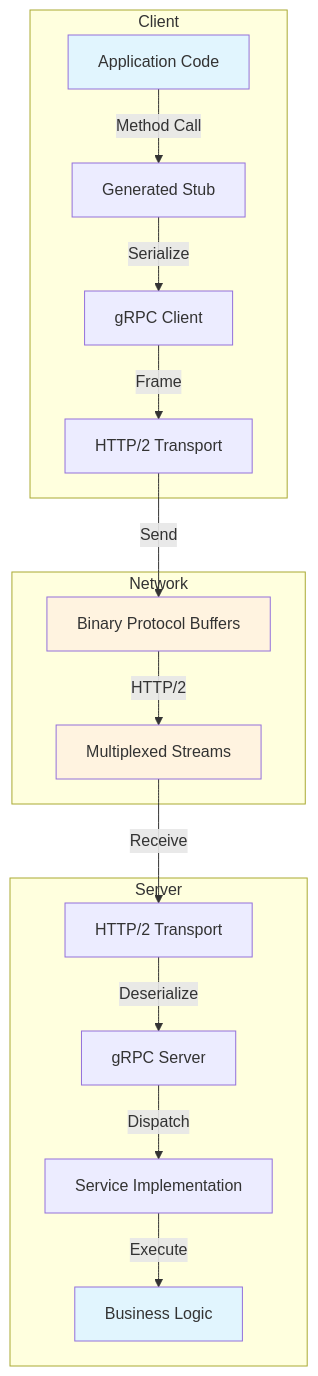
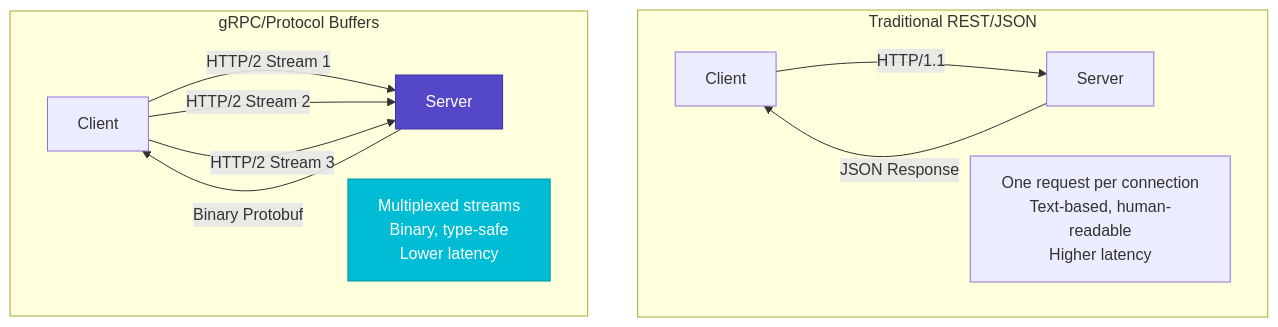
The first of 6 diagrams in docs/pattern-library/communication/grpc.md (deepaucksharma/DStudio), drawn with Mermaid before and after one commit. The commit also changed other lines of this file and 11 other files, not shown here.

````diff
--- a/docs/pattern-library/communication/grpc.md
+++ b/docs/pattern-library/communication/grpc.md
@@ -100,36 +92,19 @@
 ```mermaid
 graph TB
-    subgraph "Client"
-        A[Application Code]
-        B[Generated Stub]
-        C[gRPC Client]
-        D[HTTP/2 Transport]
+    subgraph "Traditional REST/JSON"
+        C1[Client] -->|HTTP/1.1| S1[Server]
+        S1 -->|JSON Response| C1
+        Note1[One request per connection<br/>Text-based, human-readable<br/>Higher latency]
     end
     
-    subgraph "Network"
-        E[Binary Protocol Buffers]
-        F[Multiplexed Streams]
+    subgraph "gRPC/Protocol Buffers"
+        C2[Client] -->|HTTP/2 Stream 1| S2[Server]
+        C2 -->|HTTP/2 Stream 2| S2
+        C2 -->|HTTP/2 Stream 3| S2
+        S2 -->|Binary Protobuf| C2
+        Note2[Multiplexed streams<br/>Binary, type-safe<br/>Lower latency]
     end
     
-    subgraph "Server"
-        G[HTTP/2 Transport]
-        H[gRPC Server]
-        I[Service Implementation]
-        J[Business Logic]
-    end
-    
-    A -->|"Method Call"| B
-    B -->|"Serialize"| C
-    C -->|"Frame"| D
-    D -->|"Send"| E
-    E -->|"HTTP/2"| F
-    F -->|"Receive"| G
-    G -->|"Deserialize"| H
-    H -->|"Dispatch"| I
-    I -->|"Execute"| J
-    
-    style A fill:#e1f5fe
-    style J fill:#e1f5fe
-    style E fill:#fff3e0
-    style F fill:#fff3e0
+    style S2 fill:#5448C8,stroke:#3f33a6,color:#fff
+    style Note2 fill:#00BCD4,stroke:#0097a7,color:#fff
 ```
````
